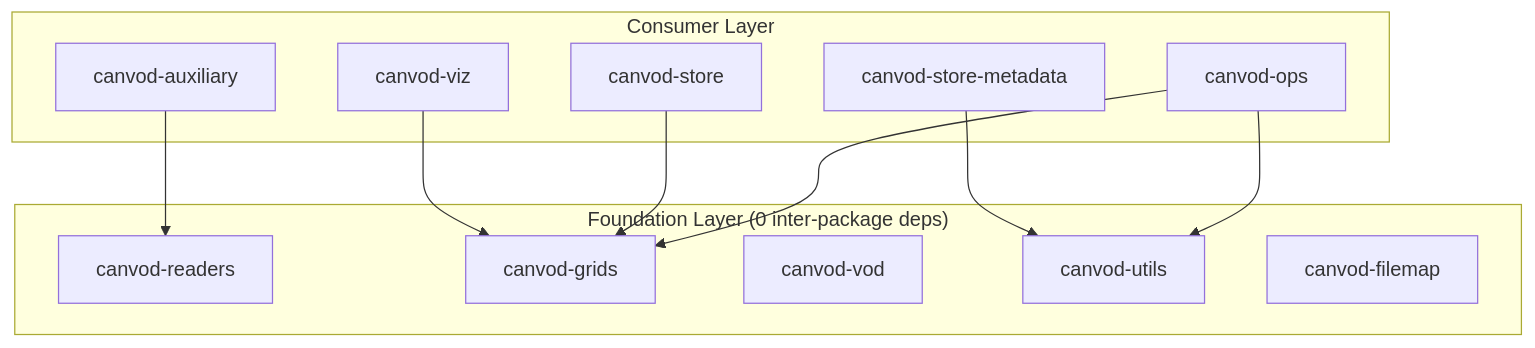
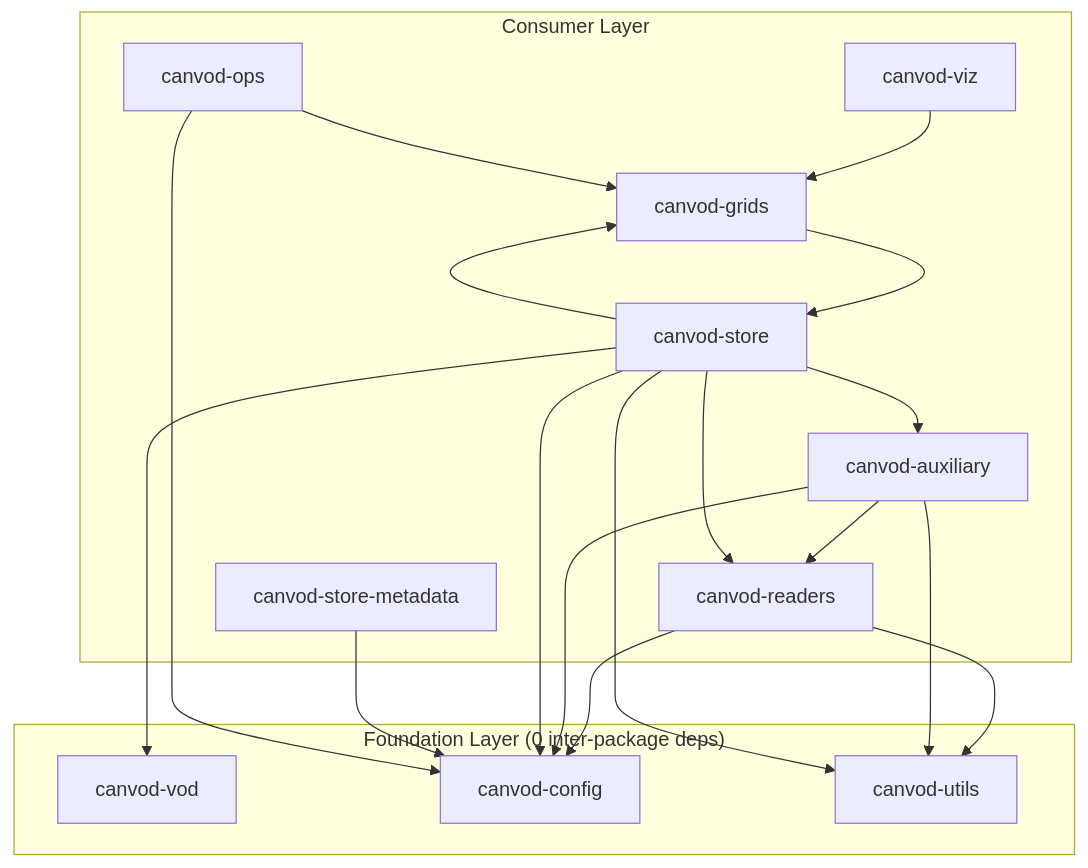
The diagram in docs/dependencies.md (nfb2021/canvodpy), drawn with Mermaid before and after one commit. The commit also changed other lines of this file and 6 other files, not shown here.

First line of the commit message:
docs: complete package-list sweep for canvod-config and canvod-airflow

````diff
--- a/docs/dependencies.md
+++ b/docs/dependencies.md
@@ -9,25 +15,26 @@
 ```mermaid
 graph TD
+    subgraph FOUNDATION["Foundation Layer (0 inter-package deps)"]
+        VOD["canvod-vod"]
+        CONFIG["canvod-config"]
+        UTILS["canvod-utils"]
+    end
+
     subgraph CONSUMERS["Consumer Layer"]
+        READERS["canvod-readers"]
         AUX["canvod-auxiliary"]
-        VIZ["canvod-viz"]
+        GRIDS["canvod-grids"]
         STORE["canvod-store"]
         STOREMETA["canvod-store-metadata"]
+        VIZ["canvod-viz"]
         OPS["canvod-ops"]
     end
 
-    subgraph FOUNDATION["Foundation Layer (0 inter-package deps)"]
-        READERS["canvod-readers"]
-        GRIDS["canvod-grids"]
-        VOD["canvod-vod"]
-        UTILS["canvod-utils"]
-        NAMING["canvod-filemap"]
-    end
-
-    AUX   --> READERS
-    VIZ   --> GRIDS
-    STORE --> GRIDS
-    STOREMETA --> UTILS
-    OPS   --> GRIDS
-    OPS   --> UTILS
+    READERS --> CONFIG & UTILS
+    AUX --> CONFIG & READERS & UTILS
+    GRIDS --> STORE
+    STORE --> AUX & CONFIG & GRIDS & READERS & UTILS & VOD
+    STOREMETA --> CONFIG
+    VIZ --> GRIDS
+    OPS --> CONFIG & GRIDS
 ```
````
